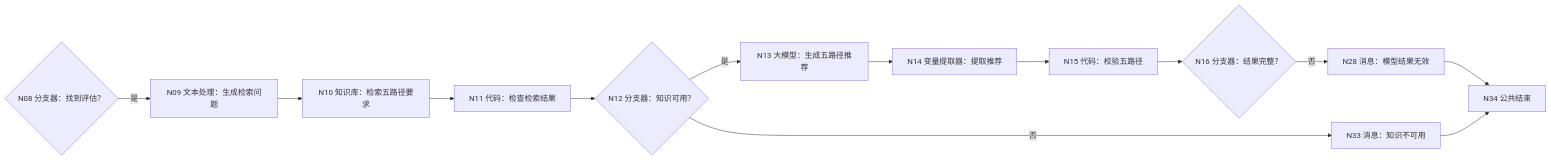
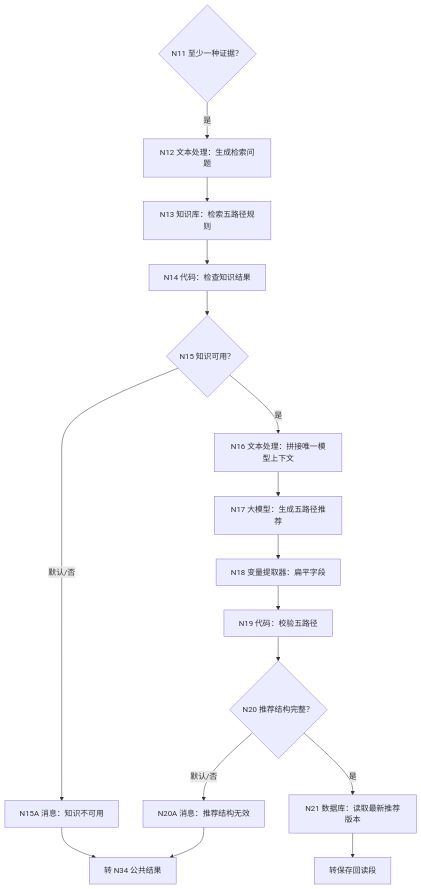
Before and after one commit to caoyue0115/university-life-planning-simulator: the second of 3 diagrams in docs/workflows/WF-04-path-recommendation.md, drawn with Mermaid. The commit also changed other lines of this file and 15 other files, not shown here.

````diff
--- a/docs/workflows/WF-04-path-recommendation.md
+++ b/docs/workflows/WF-04-path-recommendation.md
@@ -41,15 +54,18 @@
 ```mermaid
-flowchart LR
-    N08{"N08 分支器：找到评估？"} -->|是| N09["N09 文本处理：生成检索问题"]
-    N09 --> N10["N10 知识库：检索五路径要求"]
-    N10 --> N11["N11 代码：检查检索结果"]
-    N11 --> N12{"N12 分支器：知识可用？"}
-    N12 -->|否| N33["N33 消息：知识不可用"]
-    N12 -->|是| N13["N13 大模型：生成五路径推荐"]
-    N13 --> N14["N14 变量提取器：提取推荐"]
-    N14 --> N15["N15 代码：校验五路径"]
-    N15 --> N16{"N16 分支器：结果完整？"}
-    N16 -->|否| N28["N28 消息：模型结果无效"]
-    N28 --> N34["N34 公共结束"]
-    N33 --> N34
+flowchart TD
+    N11{"N11 至少一种证据？"} -->|是| N12["N12 文本处理：生成检索问题"]
+    N12 --> N13["N13 知识库：检索五路径规则"]
+    N13 --> N14["N14 代码：检查知识结果"]
+    N14 --> N15{"N15 知识可用？"}
+    N15 -->|默认/否| N15A["N15A 消息：知识不可用"]
+    N15 -->|是| N16["N16 文本处理：拼接唯一模型上下文"]
+    N16 --> N17["N17 大模型：生成五路径推荐"]
+    N17 --> N18["N18 变量提取器：扁平字段"]
+    N18 --> N19["N19 代码：校验五路径"]
+    N19 --> N20{"N20 推荐结构完整？"}
+    N20 -->|默认/否| N20A["N20A 消息：推荐结构无效"]
+    N20 -->|是| N21["N21 数据库：读取最新推荐版本"]
+    N15A --> R["转 N34 公共结果"]
+    N20A --> R
+    N21 --> R2["转保存回读段"]
 ```
````
